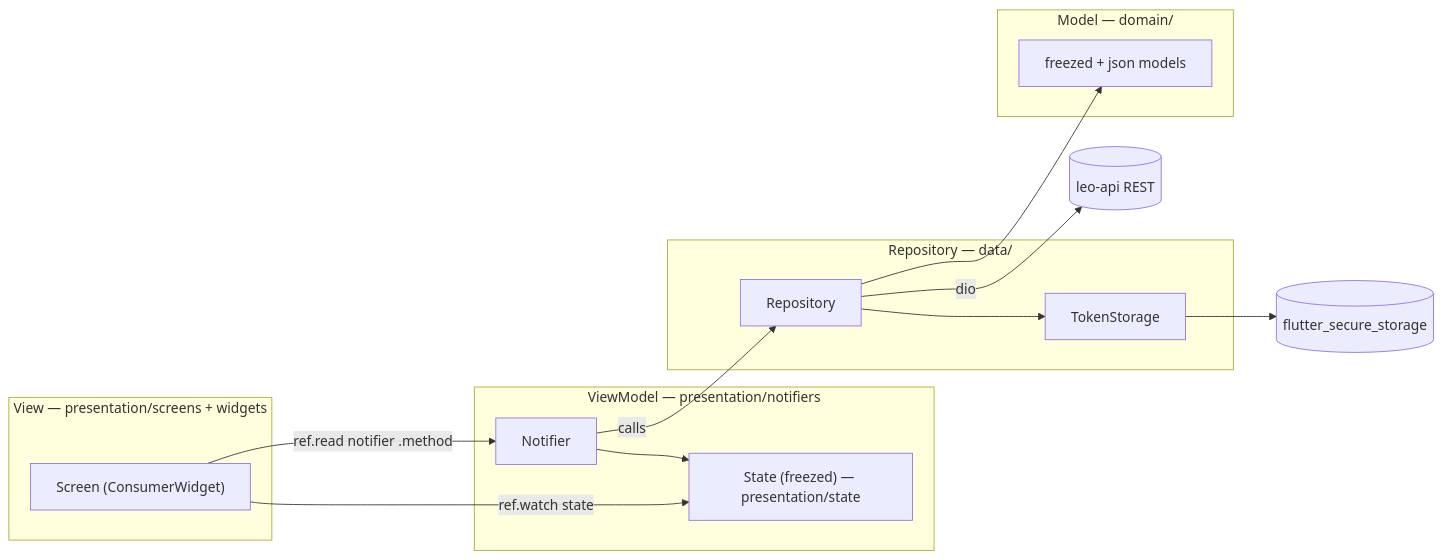
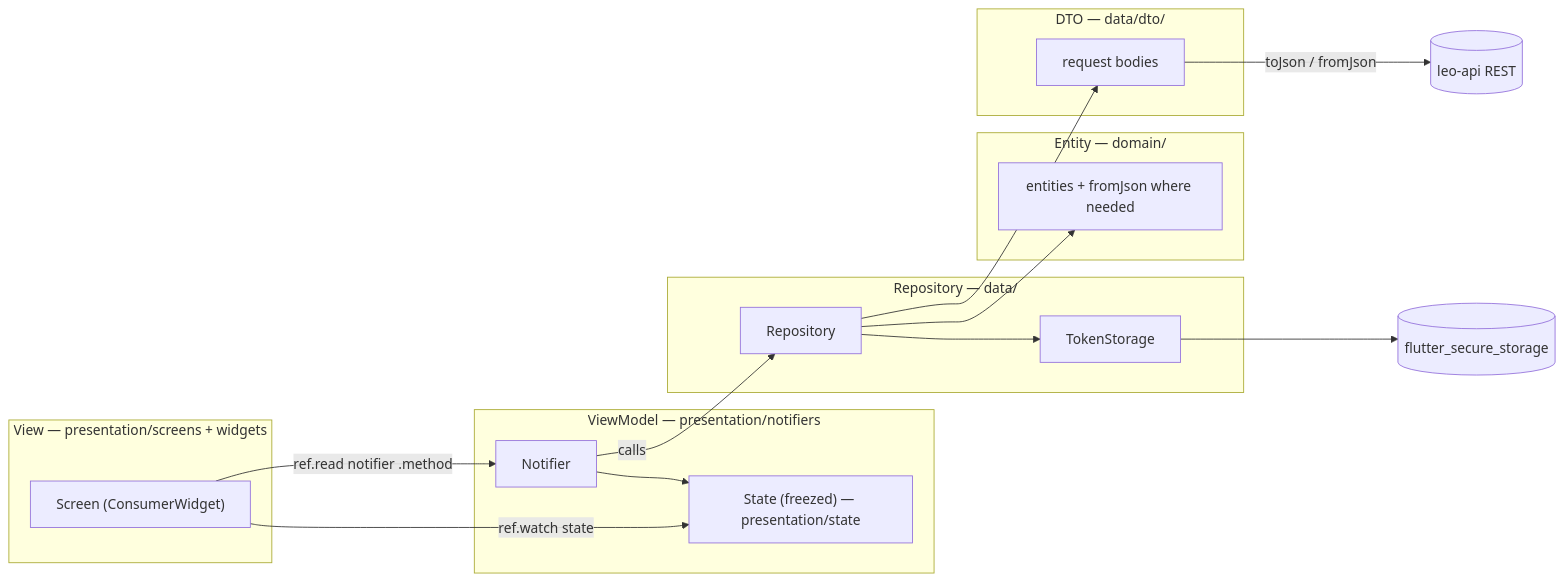
One commit to saambaby/leo-workstation changed the first of 7 diagrams in docs/architecture-overview.md. Above: the diagram before and after it, drawn with Mermaid. The commit also changed other lines of this file and 12 other files, not shown here.

First line of the commit message:
docs: codify DTO/entity wire layer and dotenv config

````diff
--- a/docs/architecture-overview.md
+++ b/docs/architecture-overview.md
@@ -25,25 +26,29 @@
 ```mermaid
 flowchart LR
     subgraph view["View — presentation/screens + widgets"]
         SCR["Screen (ConsumerWidget)"]
     end
     subgraph vm["ViewModel — presentation/notifiers"]
         NOT["Notifier"]
         ST["State (freezed) — presentation/state"]
     end
     subgraph repo["Repository — data/"]
         R["Repository"]
         TS["TokenStorage"]
     end
-    subgraph model["Model — domain/"]
-        M["freezed + json models"]
+    subgraph entity["Entity — domain/"]
+        M["entities + fromJson where needed"]
+    end
+    subgraph dto["DTO — data/dto/"]
+        D["request bodies"]
     end
     SCR -->|ref.watch state| ST
     SCR -->|ref.read notifier .method| NOT
     NOT --> ST
     NOT -->|calls| R
+    R --> D
     R --> M
-    R -->|dio| API[("leo-api REST")]
+    D -->|toJson / fromJson| API[("leo-api REST")]
     R --> TS
     TS --> SS[("flutter_secure_storage")]
 ```
````
